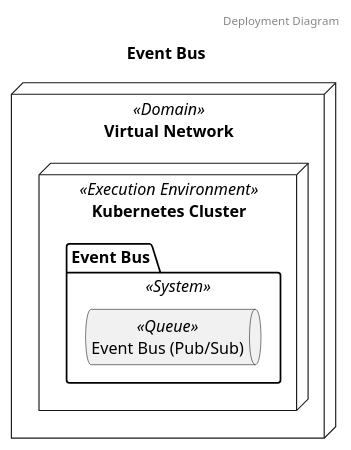
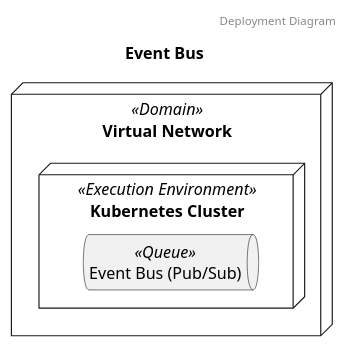
Before and after one commit to garrettsutula/example-trellis-project: the second of 3 diagrams in diagrams/systems/Event_Bus.puml, drawn with PlantUML. The commit also changed other lines of this file and 23 other files, not shown here.

Commit message:
Update deps, add examples of new diagrams, update for breaking interface changes

```diff
--- a/diagrams/systems/Event_Bus.puml
+++ b/diagrams/systems/Event_Bus.puml
@@ -11,12 +11,9 @@
 @startuml Deployment Diagram Event Bus
 header Deployment Diagram
 title Event Bus
-	node "Virtual Network" as Virtual_Network <<Domain>> {
-		node "Kubernetes Cluster" as Kubernetes_Cluster <<Execution Environment>> {
-			package "Event Bus" as Event_Bus_Kubernetes_Cluster_package <<System>>{
-				queue "Event Bus (Pub/Sub)" as Event_Bus_Pub_Sub <<Queue>>
-			}
-		}
+node "Virtual Network" as Virtual_Network <<Domain>> {
+	node "Kubernetes Cluster" as Kubernetes_Cluster <<Execution Environment>> {
+		queue "Event Bus (Pub/Sub)" as Event_Bus_Pub_Sub <<Queue>>
 	}
-
+}
 @enduml
```
